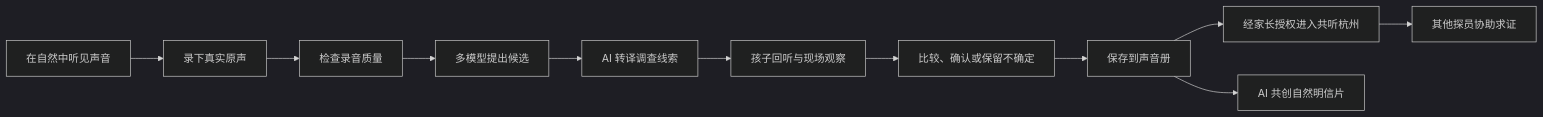
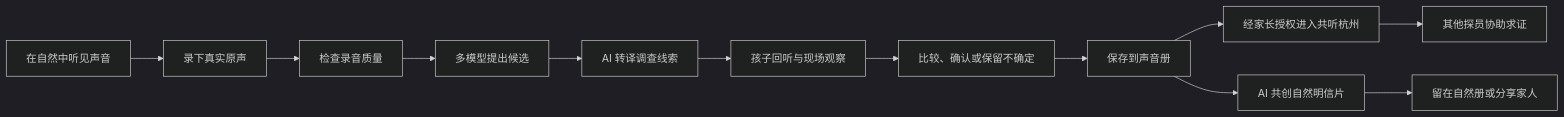
The first of 2 diagrams in docs/参赛项目说明书-自然声探员-v001.md (gqy20/nature-sound-detective), drawn with Mermaid (dark theme) before and after one commit. The commit also changed other lines of this file and 120 other files, not shown here.

````diff
--- a/docs/参赛项目说明书-自然声探员-v001.md
+++ b/docs/参赛项目说明书-自然声探员-v001.md
@@ -95,13 +107,14 @@
 ```mermaid
 flowchart LR
     A[在自然中听见声音] --> B[录下真实原声]
     B --> C[检查录音质量]
     C --> D[多模型提出候选]
     D --> E[AI 转译调查线索]
     E --> F[孩子回听与现场观察]
     F --> G[比较、确认或保留不确定]
     G --> H[保存到声音册]
     H --> I[经家长授权进入共听杭州]
     I --> J[其他探员协助求证]
     H --> K[AI 共创自然明信片]
+    K --> L[留在自然册或分享家人]
 ```
````
